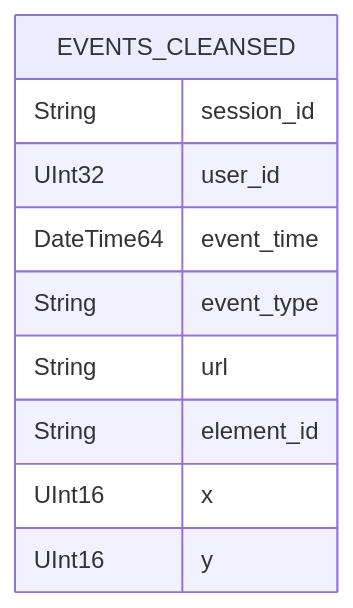
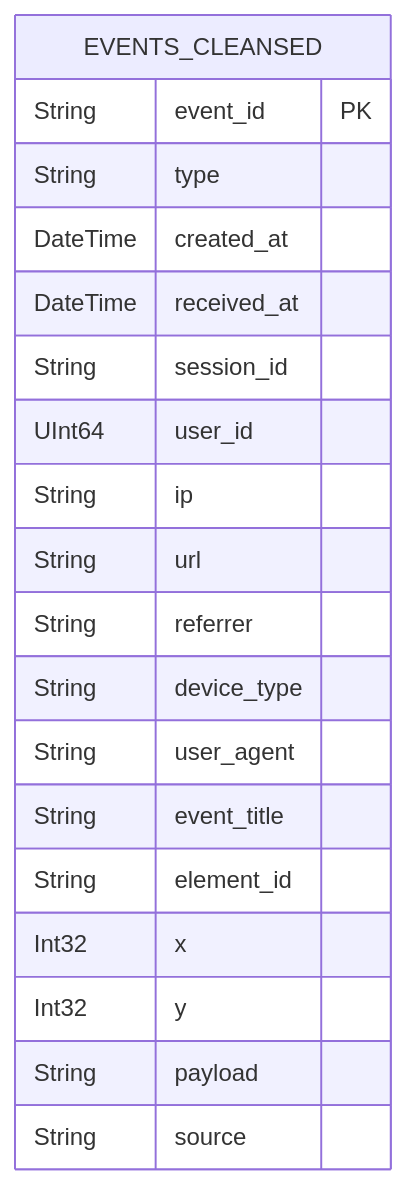
Before and after one commit to Alexsa7161/ASOBD: the fifth of 5 diagrams in README.md, drawn with Mermaid. The commit also changed other lines of this file, not shown here.

````diff
--- a/README.md
+++ b/README.md
@@ -348,15 +345,24 @@
 ```mermaid
 erDiagram
     EVENTS_CLEANSED {
+        String event_id PK
+        String type
+        DateTime created_at
+        DateTime received_at
         String session_id
-        UInt32 user_id
-        DateTime64 event_time
-        String event_type
+        UInt64 user_id
+        String ip
         String url
+        String referrer
+        String device_type
+        String user_agent
+        String event_title
         String element_id
-        UInt16 x
-        UInt16 y
+        Int32 x
+        Int32 y
+        String payload
+        String source
     }
     
     classDef erStyle fill:#ffffff,stroke:#000000,stroke-width:2px,color:#000000
 ```
````
